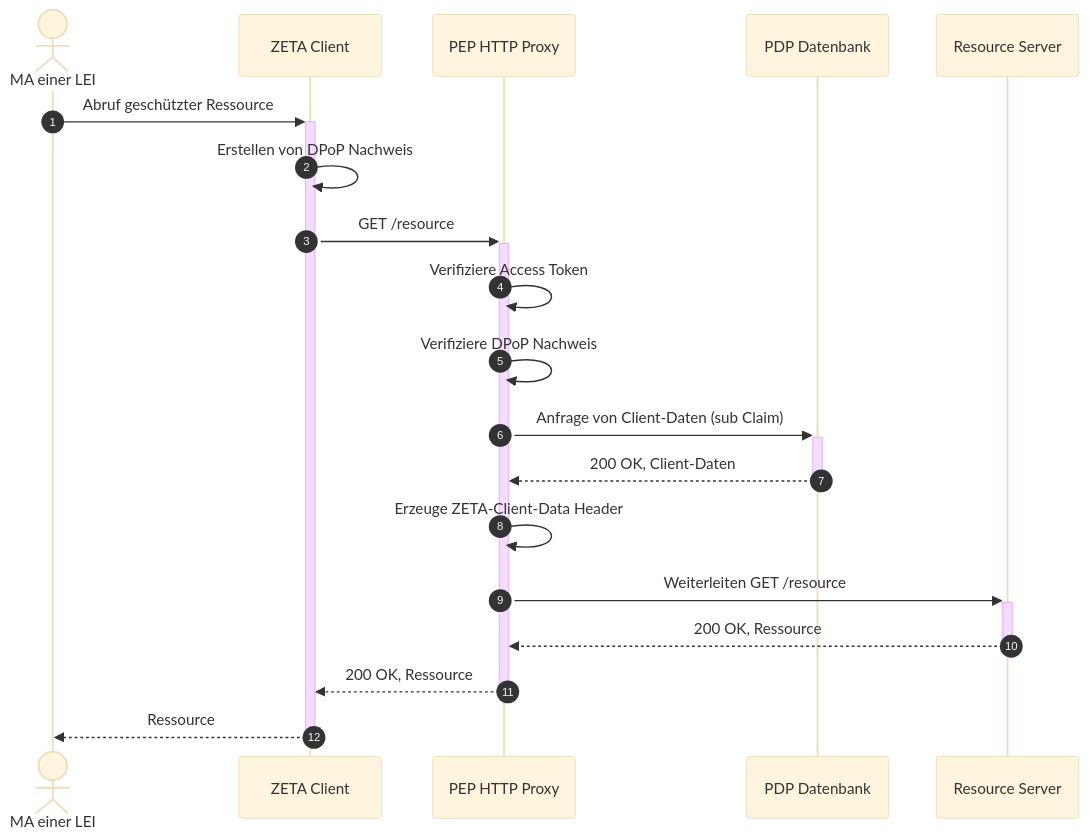
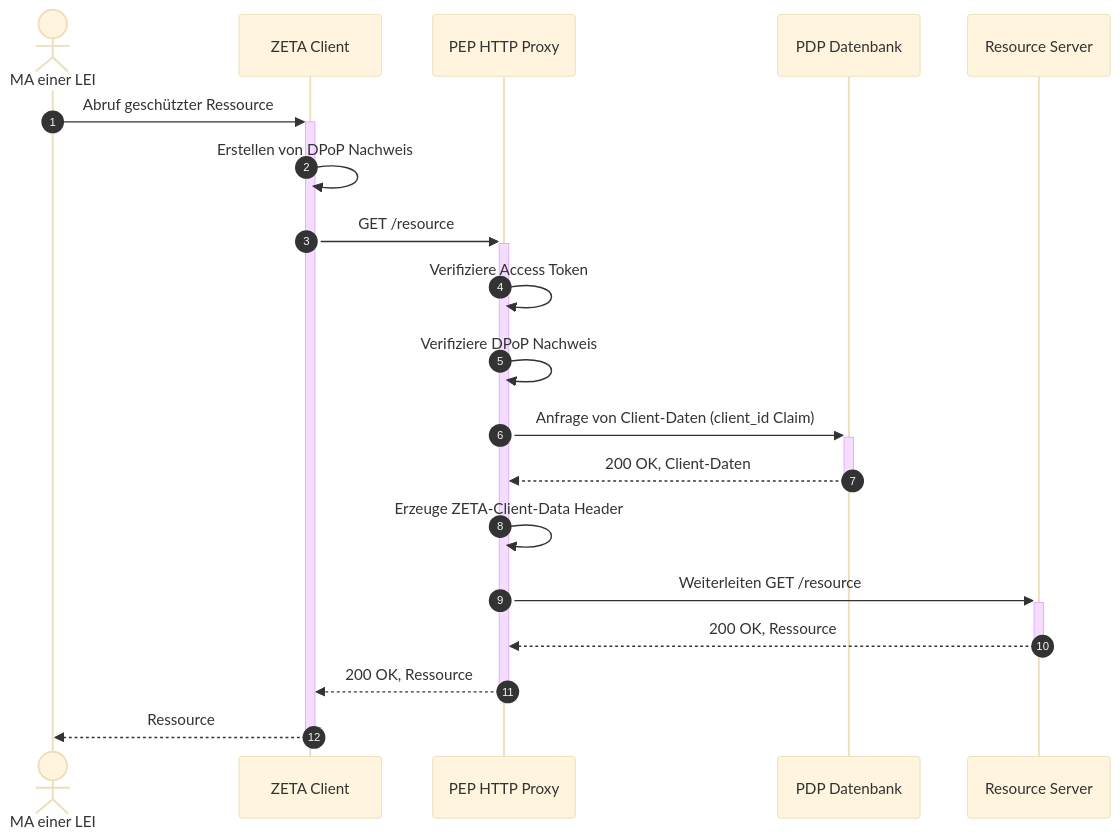
The diagram in src/test/resources/features/UserStory_01/UseCase_23/readme.adoc (gematik/zeta-tiger-testsuite), drawn with Mermaid (base theme) before and after one commit. The commit also changed other lines of this file and 182 other files, not shown here.

```diff
--- a/src/test/resources/features/UserStory_01/UseCase_23/readme.adoc
+++ b/src/test/resources/features/UserStory_01/UseCase_23/readme.adoc
@@ -70,25 +78,25 @@
 [mermaid]
 ....
 sequenceDiagram
     autonumber
 
     actor MA as MA einer LEI
     participant ZC as ZETA Client
     participant PEP-HP as PEP HTTP Proxy
     participant PDP-DB as PDP Datenbank
     participant RS as Resource Server
 
     MA->>+ZC: Abruf geschützter Ressource
     ZC->>ZC: Erstellen von DPoP Nachweis
     ZC->>+PEP-HP: GET /resource
 
     PEP-HP->>PEP-HP: Verifiziere Access Token
     PEP-HP->>PEP-HP: Verifiziere DPoP Nachweis
-    PEP-HP->>+PDP-DB: Anfrage von Client-Daten (sub Claim)
+    PEP-HP->>+PDP-DB: Anfrage von Client-Daten (client_id Claim)
     PDP-DB-->>-PEP-HP: 200 OK, Client-Daten
     PEP-HP->>PEP-HP: Erzeuge ZETA-Client-Data Header
     PEP-HP->>+RS: Weiterleiten GET /resource
     RS-->>-PEP-HP: 200 OK, Ressource
     PEP-HP-->>-ZC: 200 OK, Ressource
     ZC-->>-MA: Ressource
 ....
```
